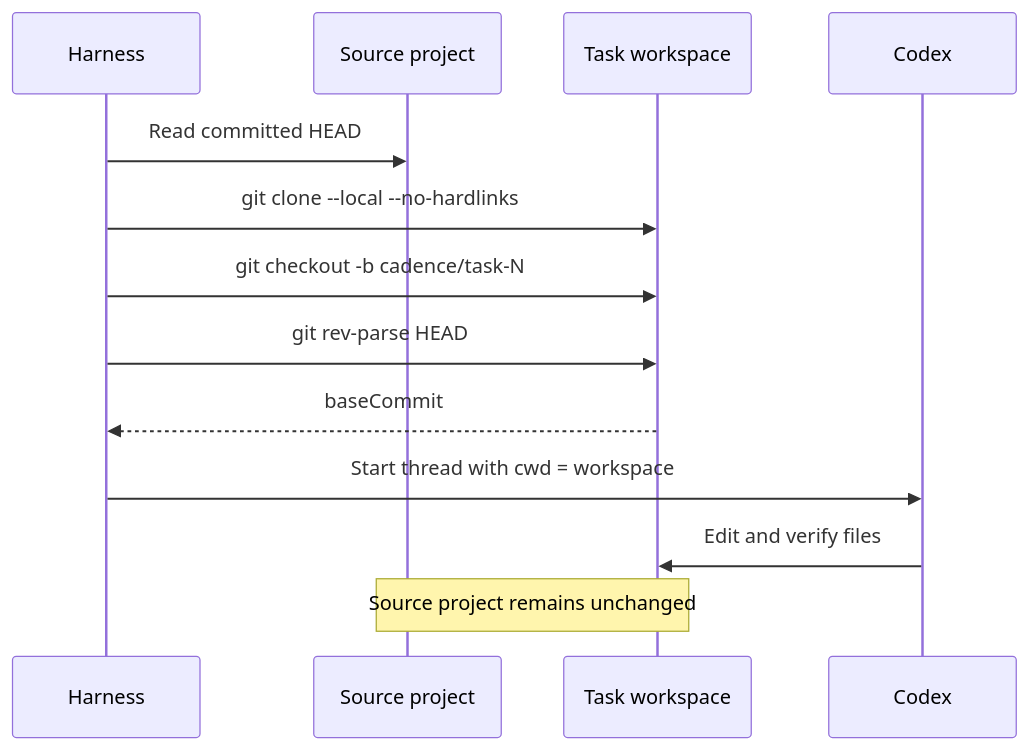
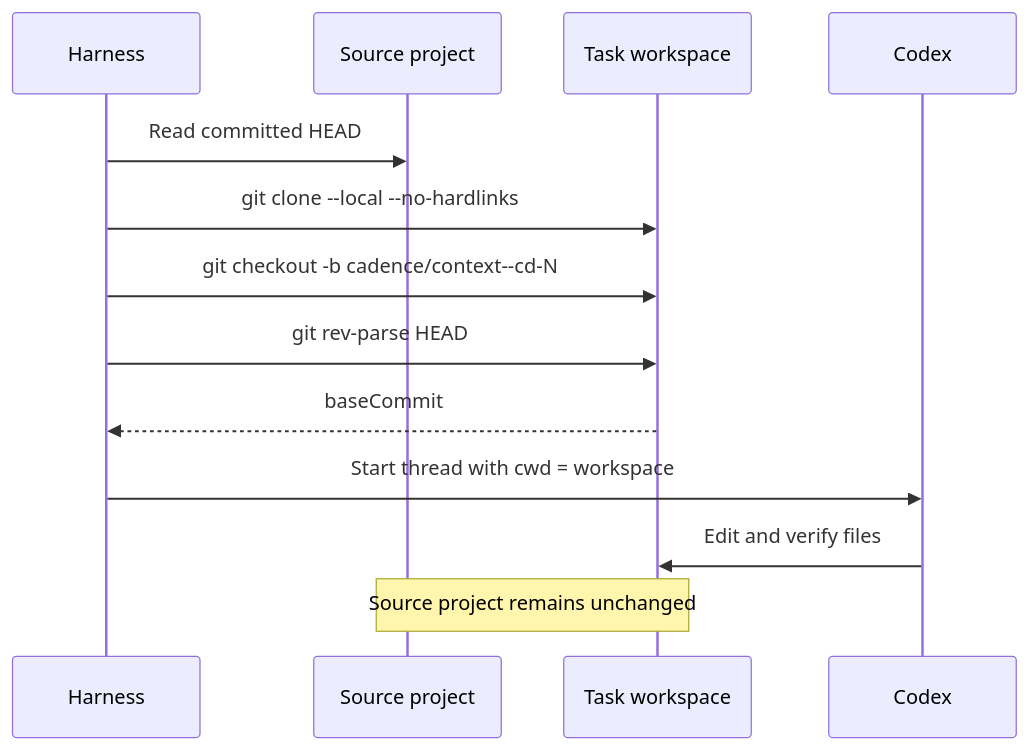
One commit to chanXVI/Cadence changed the second of 4 diagrams in contentGuide/src/git-flow.md. Above: the diagram before and after it, drawn with Mermaid. The commit also changed other lines of this file and 7 other files, not shown here.

````diff
--- a/contentGuide/src/git-flow.md
+++ b/contentGuide/src/git-flow.md
@@ -30,16 +32,16 @@
 ```mermaid
 sequenceDiagram
     participant H as Harness
     participant P as Source project
     participant W as Task workspace
     participant C as Codex
 
     H->>P: Read committed HEAD
     H->>W: git clone --local --no-hardlinks
-    H->>W: git checkout -b cadence/task-N
+    H->>W: git checkout -b cadence/context--cd-N
     H->>W: git rev-parse HEAD
     W-->>H: baseCommit
     H->>C: Start thread with cwd = workspace
     C->>W: Edit and verify files
     Note over P,W: Source project remains unchanged
 ```
````
